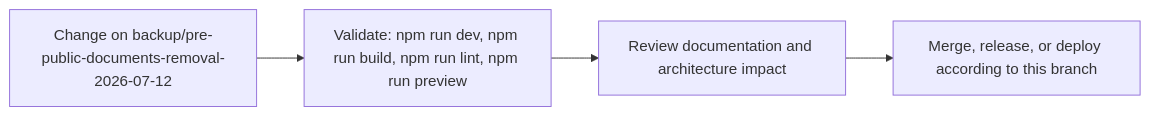
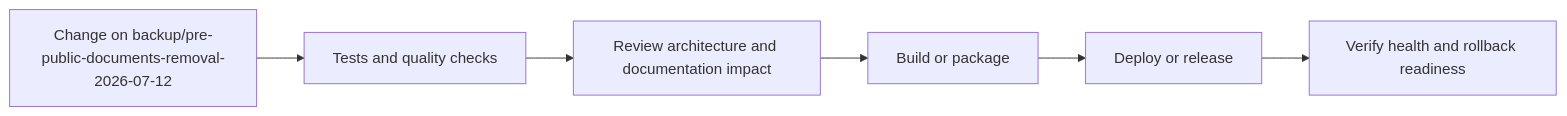
One commit to Nischhalsubba/Reeja-Maharjan-Website-2026 changed the fourth of 5 diagrams in README.md. Above: the diagram before and after it, drawn with Mermaid. The commit also changed other lines of this file, not shown here.

````diff
--- a/README.md
+++ b/README.md
@@ -80,8 +159,8 @@
 ```mermaid
 flowchart LR
-    CHANGE["Change on backup/pre-public-documents-removal-2026-07-12"]
-    CHECK["Validate: npm run dev, npm run build, npm run lint, npm run preview"]
-    REVIEW["Review documentation and architecture impact"]
-    RELEASE["Merge, release, or deploy according to this branch"]
-    CHANGE --> CHECK --> REVIEW --> RELEASE
+    CHANGE["Change on backup/pre-public-documents-removal-2026-07-12"] --> CHECK["Tests and quality checks"]
+    CHECK --> REVIEW["Review architecture and documentation impact"]
+    REVIEW --> BUILD["Build or package"]
+    BUILD --> DEPLOY["Deploy or release"]
+    DEPLOY --> VERIFY["Verify health and rollback readiness"]
 ```
````
